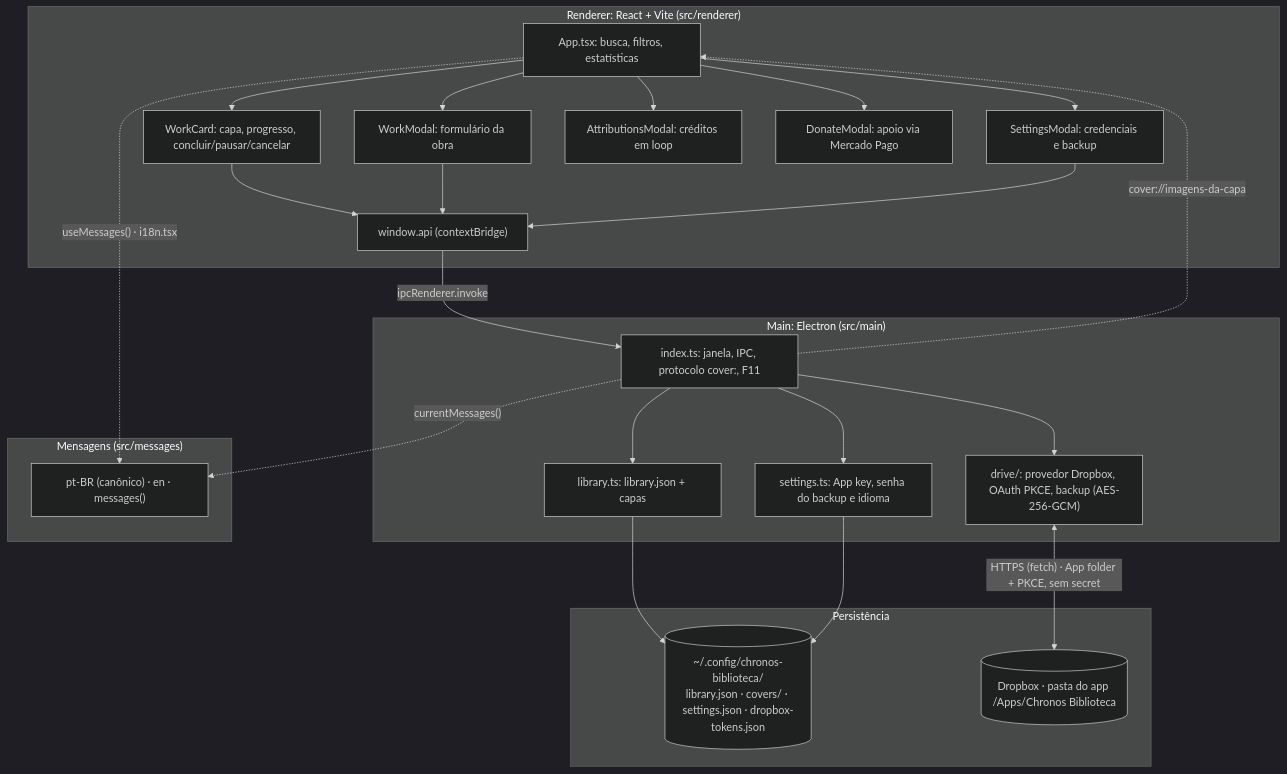
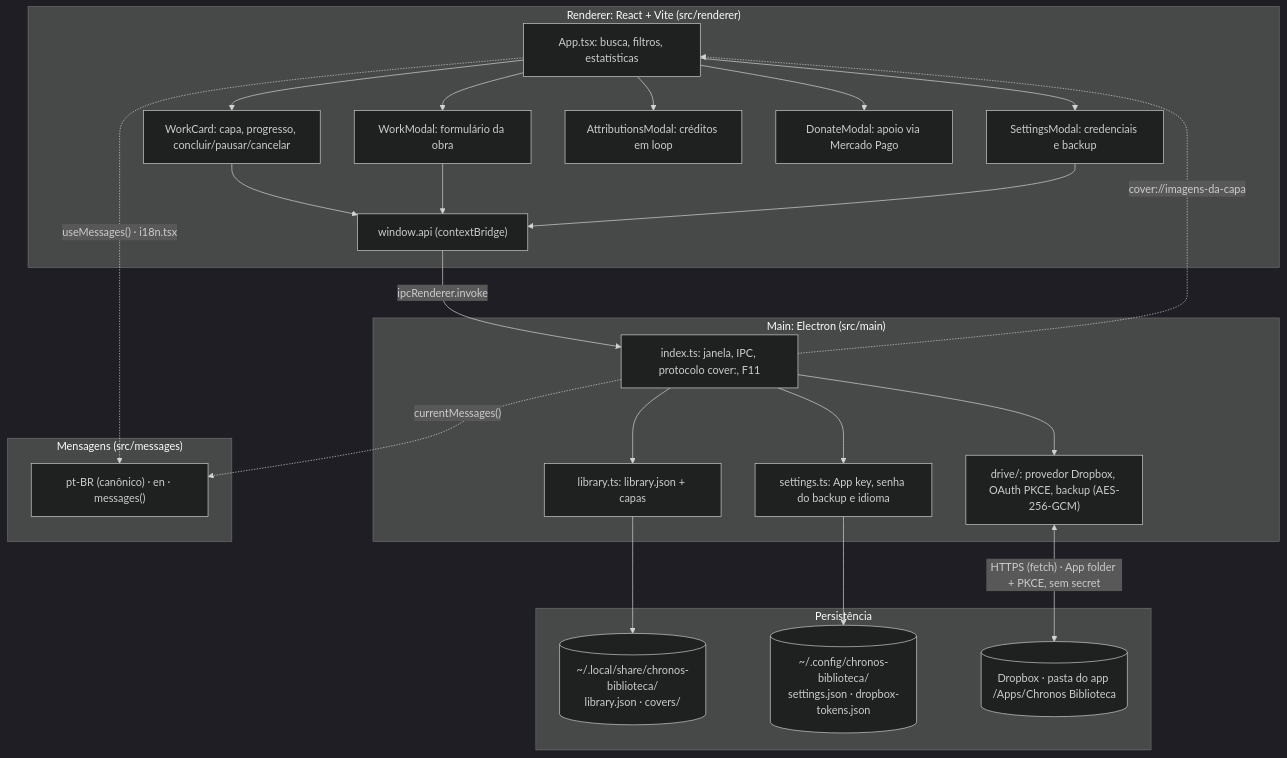
Before and after one commit to chronos-atalante/chronos-biblioteca: the first of 5 diagrams in README.md, drawn with Mermaid (dark theme). The commit also changed other lines of this file and 23 other files, not shown here.

````diff
--- a/README.md
+++ b/README.md
@@ -196,45 +197,46 @@
 ```mermaid
 flowchart TD
     subgraph RENDERER["Renderer: React + Vite (src/renderer)"]
         UI1["App.tsx: busca, filtros, estatísticas"]
         UI2["WorkCard: capa, progresso, concluir/pausar/cancelar"]
         UI3["WorkModal: formulário da obra"]
         UI4["SettingsModal: credenciais e backup"]
         UI5["AttributionsModal: créditos em loop"]
         UI6["DonateModal: apoio via Mercado Pago"]
         BRIDGE["window.api (contextBridge)"]
         UI1 --> UI2
         UI1 --> UI3
         UI1 --> UI4
         UI1 --> UI5
         UI1 --> UI6
         UI2 --> BRIDGE
         UI3 --> BRIDGE
         UI4 --> BRIDGE
     end
 
     subgraph MAIN["Main: Electron (src/main)"]
         IDX["index.ts: janela, IPC, protocolo cover:, F11"]
         LIB["library.ts: library.json + capas"]
         SET["settings.ts: App key, senha do backup e idioma"]
         DRV["drive/: provedor Dropbox, OAuth PKCE, backup (AES-256-GCM)"]
     end
 
     subgraph MSG["Mensagens (src/messages)"]
         M1["pt-BR (canônico) · en · messages()"]
     end
 
     subgraph STORAGE["Persistência"]
-        LOKAL[("~/.config/chronos-biblioteca/<br/>library.json · covers/ · settings.json · dropbox-tokens.json")]
+        LOKAL[("~/.local/share/chronos-biblioteca/<br/>library.json · covers/")]
+        CFG[("~/.config/chronos-biblioteca/<br/>settings.json · dropbox-tokens.json")]
         DRIVE[("Dropbox · pasta do app /Apps/Chronos Biblioteca")]
     end
 
     BRIDGE -->|"ipcRenderer.invoke"| IDX
     IDX --> LIB --> LOKAL
-    IDX --> SET --> LOKAL
+    IDX --> SET --> CFG
     IDX --> DRV
     DRV <-->|"HTTPS (fetch) · App folder + PKCE, sem secret"| DRIVE
     IDX -.->|"cover://imagens-da-capa"| UI1
     UI1 -.->|"useMessages() · i18n.tsx"| M1
     IDX -.->|"currentMessages()"| M1
 ```
````
